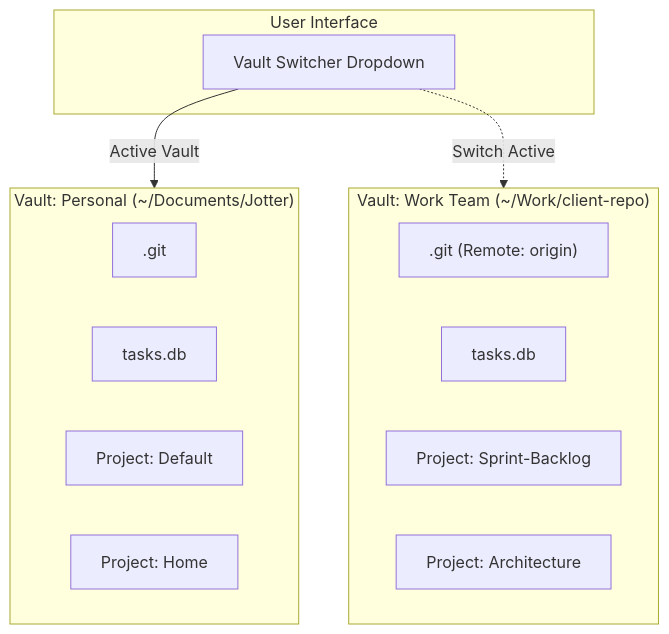
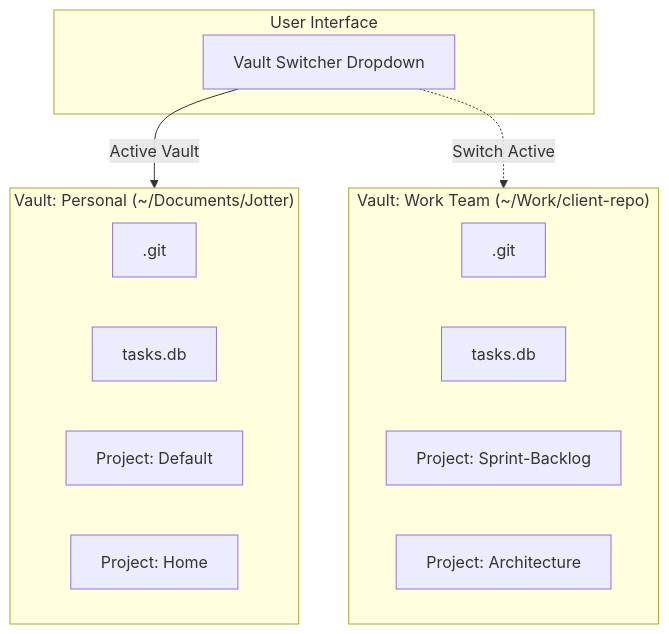
The diagram in docs/developer/adr/0012-vault-abstraction-and-simplified-git-sync.md (simon123h/Jotter), drawn with Mermaid before and after one commit. The commit also changed other lines of this file and 57 other files, not shown here.

First line of the commit message:
refactor(sync)!: replace git remote sync with local-only commits

````diff
--- a/docs/developer/adr/0012-vault-abstraction-and-simplified-git-sync.md
+++ b/docs/developer/adr/0012-vault-abstraction-and-simplified-git-sync.md
@@ -37,23 +43,23 @@
 ```mermaid
 flowchart TD
     subgraph UI ["User Interface"]
         VS["Vault Switcher Dropdown"]
     end
 
     subgraph VaultPersonal ["Vault: Personal (~/Documents/Jotter)"]
         GitA[".git"]
         DB_A["tasks.db"]
         ProjA1["Project: Default"]
         ProjA2["Project: Home"]
     end
 
     subgraph VaultWork ["Vault: Work Team (~/Work/client-repo)"]
-        GitB[".git (Remote: origin)"]
+        GitB[".git"]
         DB_B["tasks.db"]
         ProjB1["Project: Sprint-Backlog"]
         ProjB2["Project: Architecture"]
     end
 
     VS -->|Active Vault| VaultPersonal
     VS -.->|Switch Active| VaultWork
 ```
````
